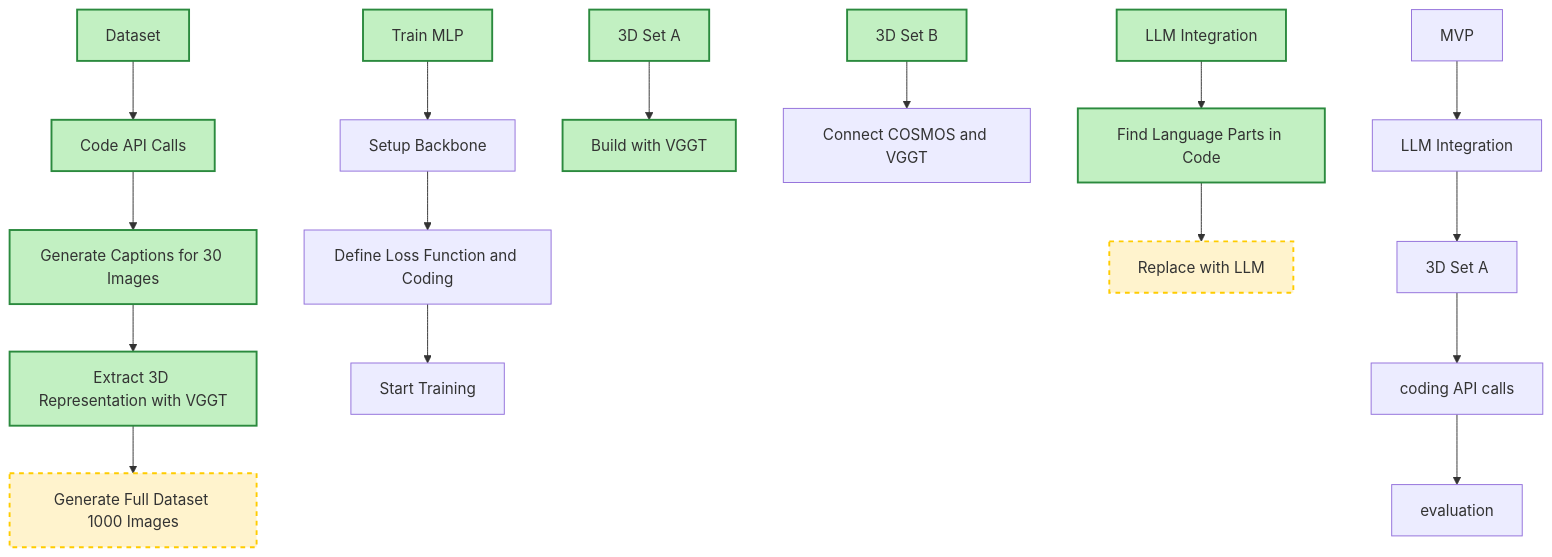
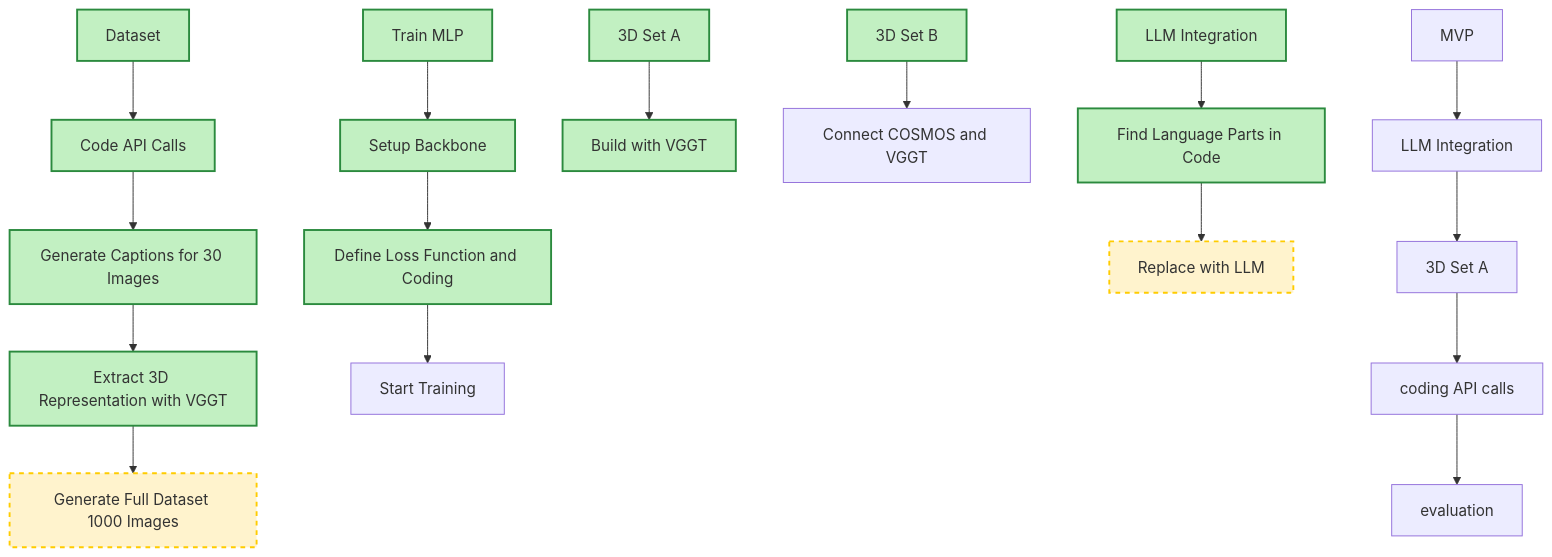
One commit to EV-Honolulu/3D-VIoLA changed the diagram in README.md. Above: the diagram before and after it, drawn with Mermaid.

````diff
--- a/README.md
+++ b/README.md
@@ -11,35 +11,35 @@
 ```mermaid
     flowchart TD
     A[Dataset] --> A1[Code API Calls]
     A1 --> A2[Generate Captions for 30 Images]
     A2 --> A3[Extract 3D Representation with VGGT]
     A3 --> A4[Generate Full Dataset 1000 Images]
 
     C[Train MLP] --> C1[Setup Backbone]
     C1 --> C2[Define Loss Function and Coding]
     C2 --> C3[Start Training]
 
     D[3D Set A] --> D1[Build with VGGT]
 
     B[3D Set B] --> B1[Connect COSMOS and VGGT]
 
     E[LLM Integration] --> E1[Find Language Parts in Code]
     E1 --> E2[Replace with LLM]
 
     F[MVP] --> F1[LLM Integration]
     F1 --> F2[3D Set A]
     F2 --> F3[coding API calls]
     F3 --> F4[evaluation]
 
     classDef completed fill:#c2f0c2,stroke:#2b8a3e,stroke-width:2px;
     classDef inprogress fill:#fff3cd,stroke:#ffcc00,stroke-width:2px,stroke-dasharray: 5 5;
 
     class A,A1,A2,A3 completed;
     class B completed;
-    class C completed;
+    class C,C1,C2 completed;
     class D,D1 completed;
     class E,E1 completed;
     class A4 inprogress;
     class E2 inprogress;
     
 ```
````
